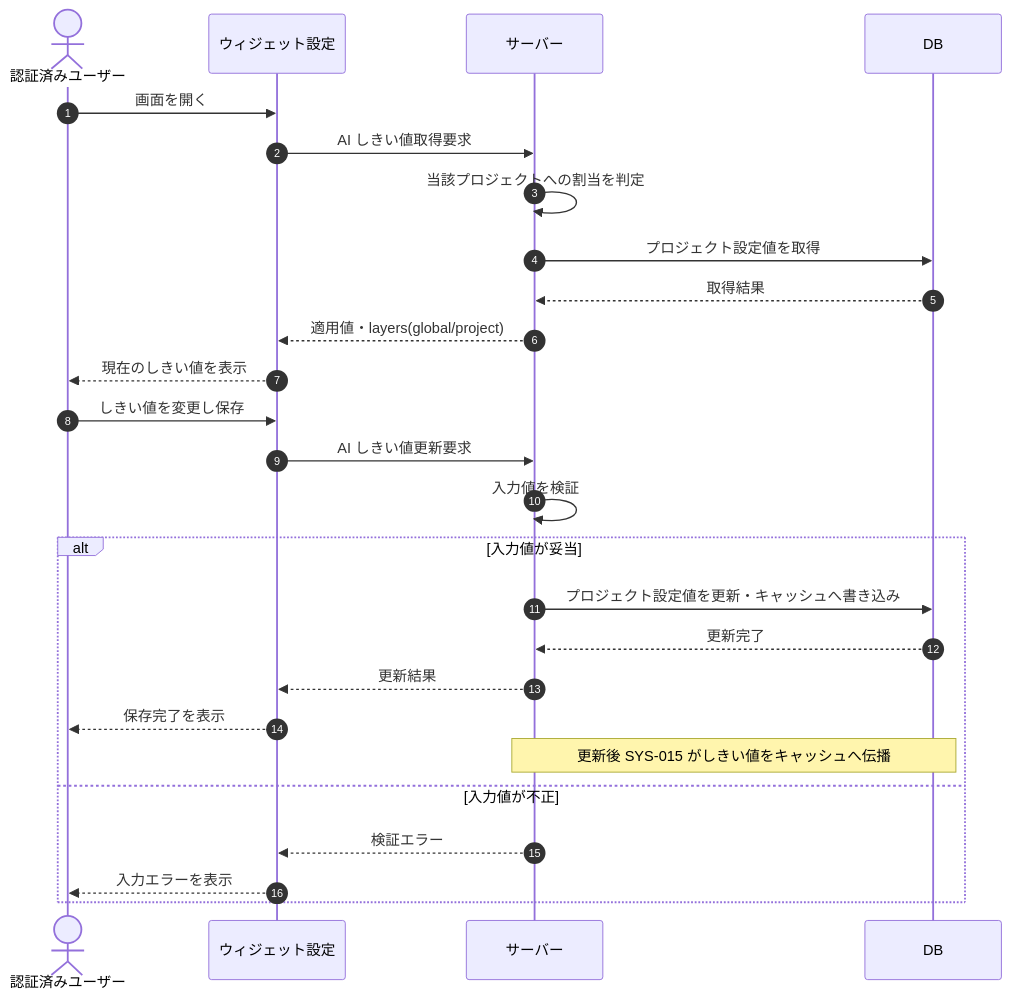
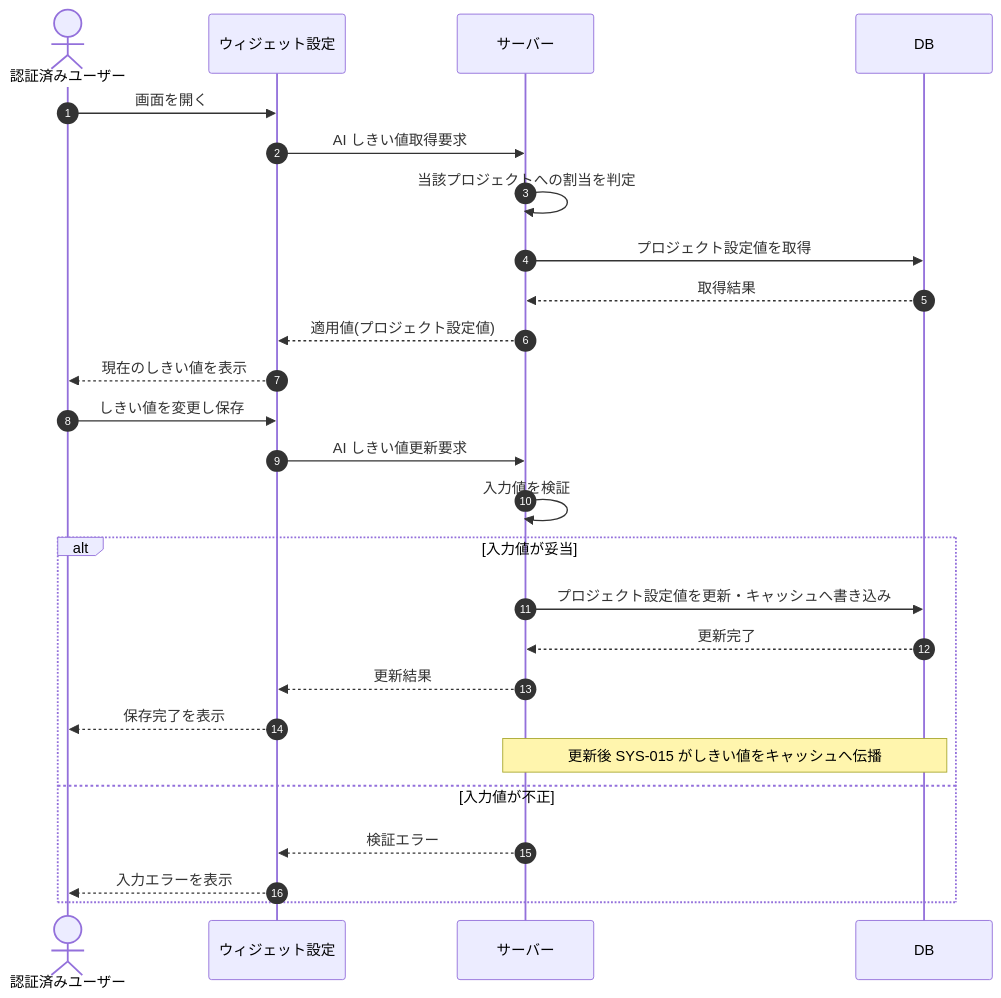
Before and after one commit to sikakou54/open-faq: the diagram in 02_basic_design/03_sequences/SEQ-122.md, drawn with Mermaid. The commit also changed other lines of this file and 32 other files, not shown here.

````diff
--- a/02_basic_design/03_sequences/SEQ-122.md
+++ b/02_basic_design/03_sequences/SEQ-122.md
@@ -15,28 +15,28 @@
 ```mermaid
 sequenceDiagram
   autonumber
   actor U as 認証済みユーザー
   participant Screen as ウィジェット設定
   participant Server as サーバー
   participant DB as DB
   U->>Screen: 画面を開く
   Screen->>Server: AI しきい値取得要求
   Server->>Server: 当該プロジェクトへの割当を判定
   Server->>DB: プロジェクト設定値を取得
   DB-->>Server: 取得結果
-  Server-->>Screen: 適用値・layers(global/project)
+  Server-->>Screen: 適用値(プロジェクト設定値)
   Screen-->>U: 現在のしきい値を表示
   U->>Screen: しきい値を変更し保存
   Screen->>Server: AI しきい値更新要求
   Server->>Server: 入力値を検証
   alt 入力値が妥当
     Server->>DB: プロジェクト設定値を更新・キャッシュへ書き込み
     DB-->>Server: 更新完了
     Server-->>Screen: 更新結果
     Screen-->>U: 保存完了を表示
     Note over Server,DB: 更新後 SYS-015 がしきい値をキャッシュへ伝播
   else 入力値が不正
     Server-->>Screen: 検証エラー
     Screen-->>U: 入力エラーを表示
   end
 ```
````
